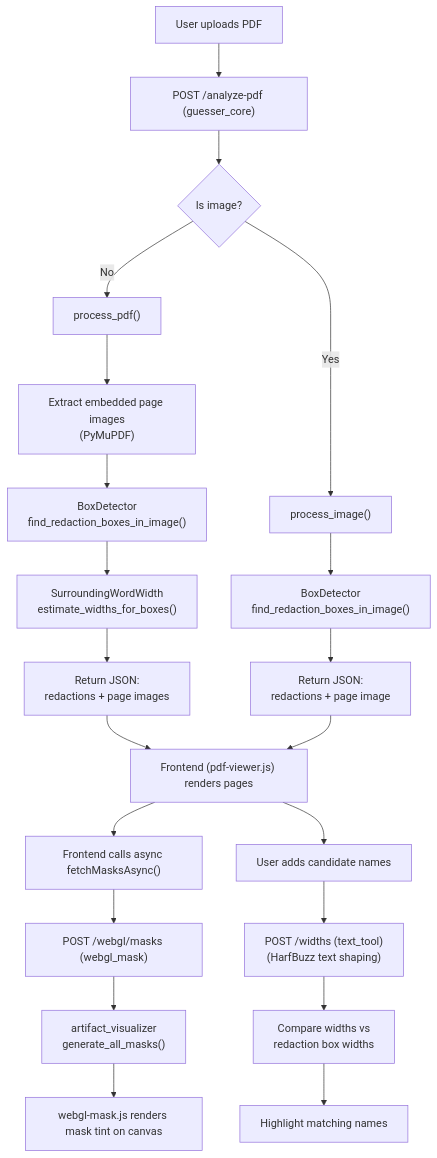
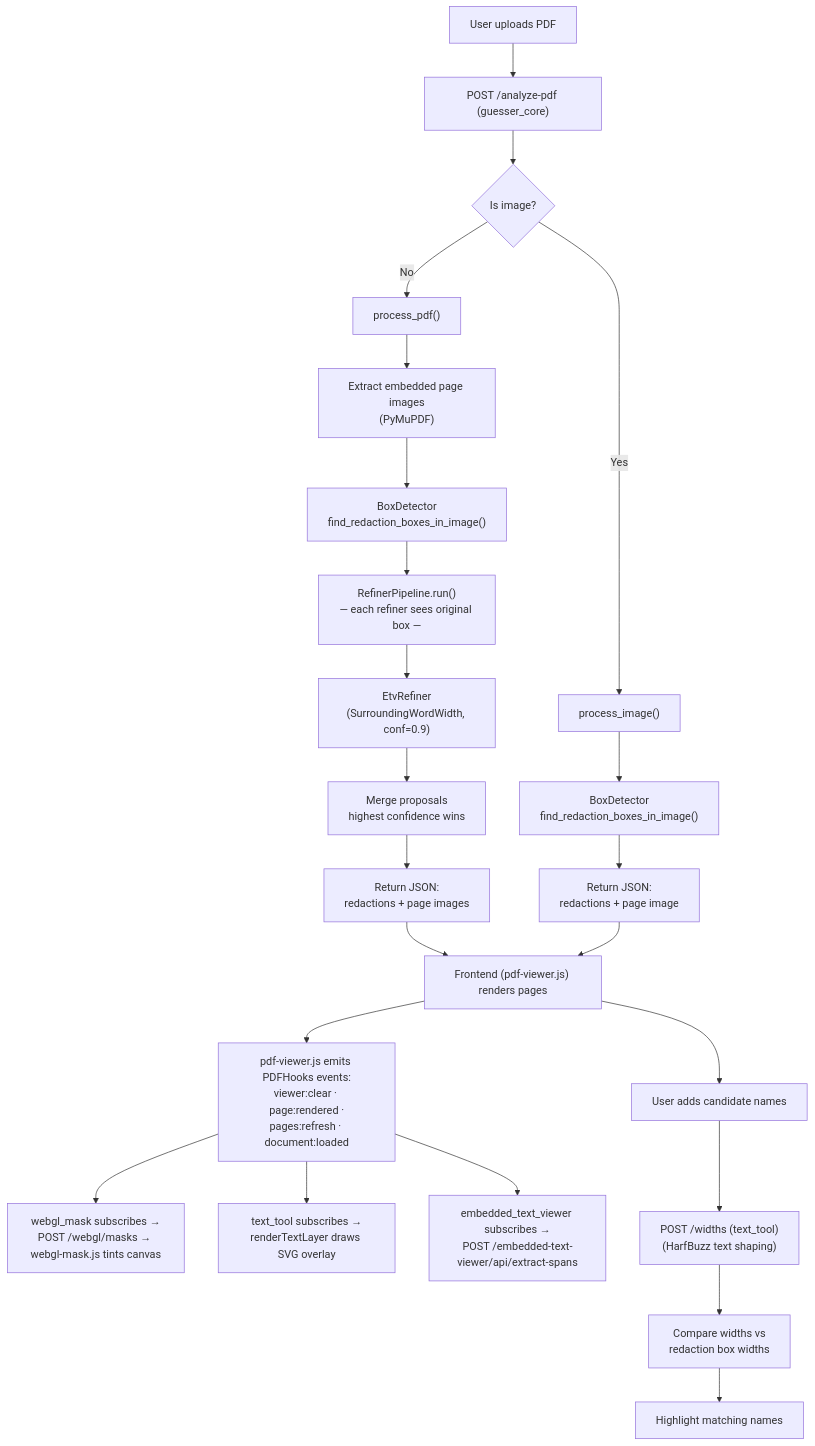
The first of 2 diagrams in guide/architecture/architecture-overview.md (JaguarM/EpsteinTool), drawn with Mermaid before and after one commit. The commit also changed other lines of this file and 21 other files, not shown here.

````diff
--- a/guide/architecture/architecture-overview.md
+++ b/guide/architecture/architecture-overview.md
@@ -103,28 +113,31 @@
 ```mermaid
 flowchart TD
     A["User uploads PDF"] --> B["POST /analyze-pdf (guesser_core)"]
     B --> C{"Is image?"}
     C -->|Yes| D["process_image()"]
     C -->|No| E["process_pdf()"]
 
     E --> F["Extract embedded page images\n(PyMuPDF)"]
     F --> G["BoxDetector\nfind_redaction_boxes_in_image()"]
-    G --> H["SurroundingWordWidth\nestimate_widths_for_boxes()"]
-    H --> I["Return JSON:\nredactions + page images"]
+    G --> RP["RefinerPipeline.run()\n— each refiner sees original box —"]
+    RP --> ETV["EtvRefiner\n(SurroundingWordWidth, conf=0.9)"]
+    ETV --> MERGE["Merge proposals\nhighest confidence wins"]
+    MERGE --> I["Return JSON:\nredactions + page images"]
 
     D --> G2["BoxDetector\nfind_redaction_boxes_in_image()"]
     G2 --> I2["Return JSON:\nredactions + page image"]
 
     I --> J["Frontend (pdf-viewer.js) renders pages"]
     I2 --> J
-    
-    J --> Y["Frontend calls async fetchMasksAsync()"]
-    Y --> O["POST /webgl/masks (webgl_mask)"]
-    O --> P["artifact_visualizer\ngenerate_all_masks()"]
-    P --> Q["webgl-mask.js renders mask tint on canvas"]
+
+    J --> HOOK["pdf-viewer.js emits PDFHooks events:\nviewer:clear · page:rendered ·\npages:refresh · document:loaded"]
+
+    HOOK --> O["webgl_mask subscribes →\nPOST /webgl/masks → webgl-mask.js tints canvas"]
+    HOOK --> TXT["text_tool subscribes →\nrenderTextLayer draws SVG overlay"]
+    HOOK --> ETVJS["embedded_text_viewer subscribes →\nPOST /embedded-text-viewer/api/extract-spans"]
 
     J --> K["User adds candidate names"]
     K --> L["POST /widths (text_tool)\n(HarfBuzz text shaping)"]
     L --> M["Compare widths vs\nredaction box widths"]
     M --> N["Highlight matching names"]
 ```
````
